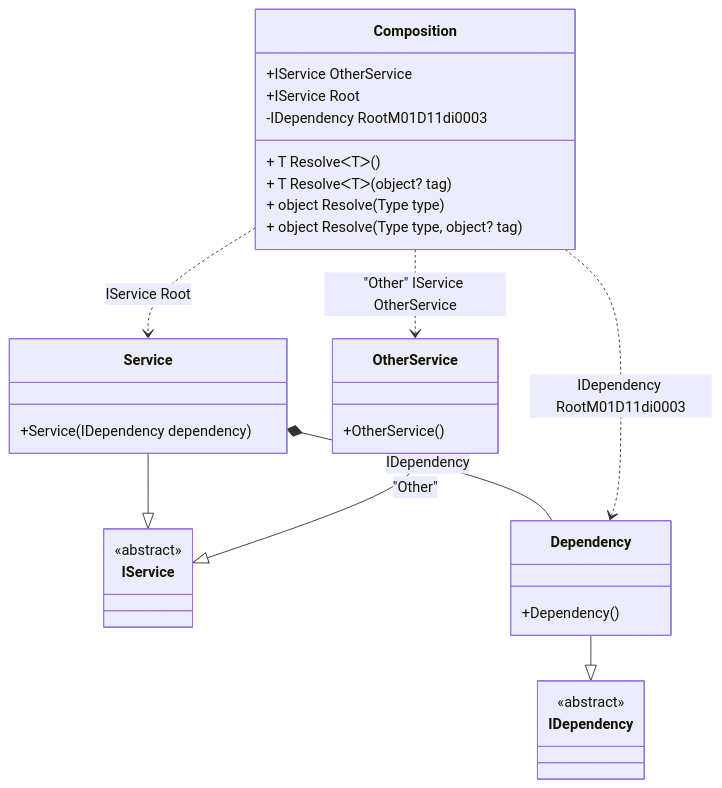
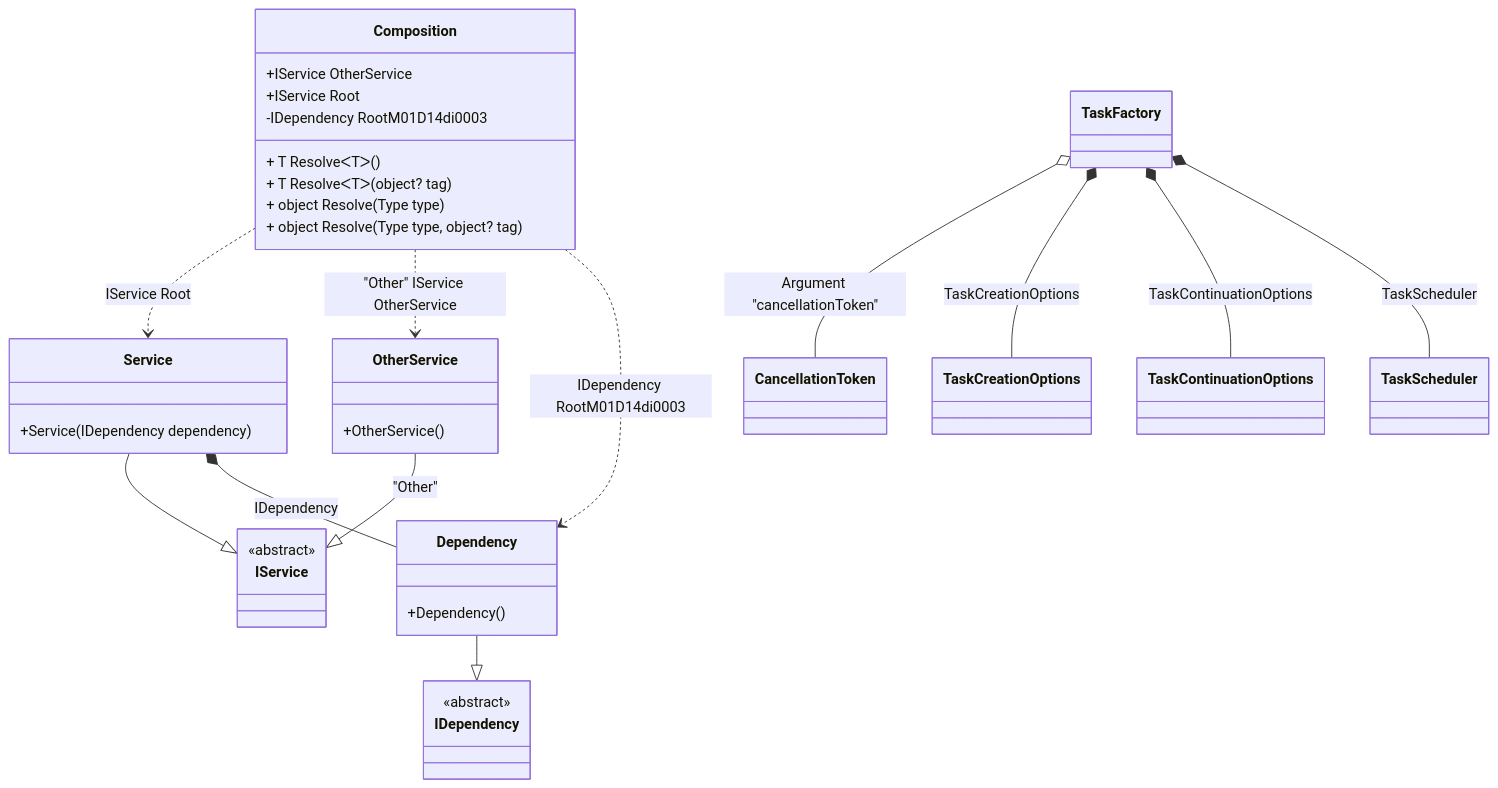
The diagram in readme/composition-roots.md (DevTeam/Pure.DI), drawn with Mermaid before and after one commit. The commit also changed other lines of this file and 75 other files, not shown here.

````diff
--- a/readme/composition-roots.md
+++ b/readme/composition-roots.md
@@ -43,34 +43,43 @@
 ```mermaid
 classDiagram
   class Composition {
     +IService OtherService
     +IService Root
-    -IDependency RootM01D11di0003
+    -IDependency RootM01D14di0003
     + T ResolveᐸTᐳ()
     + T ResolveᐸTᐳ(object? tag)
     + object Resolve(Type type)
     + object Resolve(Type type, object? tag)
   }
   Service --|> IService : 
   class Service {
     +Service(IDependency dependency)
   }
   OtherService --|> IService : "Other" 
   class OtherService {
     +OtherService()
   }
   Dependency --|> IDependency : 
   class Dependency {
     +Dependency()
   }
+  class TaskScheduler
+  class TaskCreationOptions
+  class TaskContinuationOptions
+  class TaskFactory
+  class CancellationToken
   class IService {
     <<abstract>>
   }
   class IDependency {
     <<abstract>>
   }
   Service *--  Dependency : IDependency
+  TaskFactory o-- CancellationToken : Argument "cancellationToken"
+  TaskFactory *--  TaskCreationOptions : TaskCreationOptions
+  TaskFactory *--  TaskContinuationOptions : TaskContinuationOptions
+  TaskFactory *--  TaskScheduler : TaskScheduler
   Composition ..> Service : IService Root
   Composition ..> OtherService : "Other" IService OtherService
-  Composition ..> Dependency : IDependency RootM01D11di0003
+  Composition ..> Dependency : IDependency RootM01D14di0003
 ```
````
